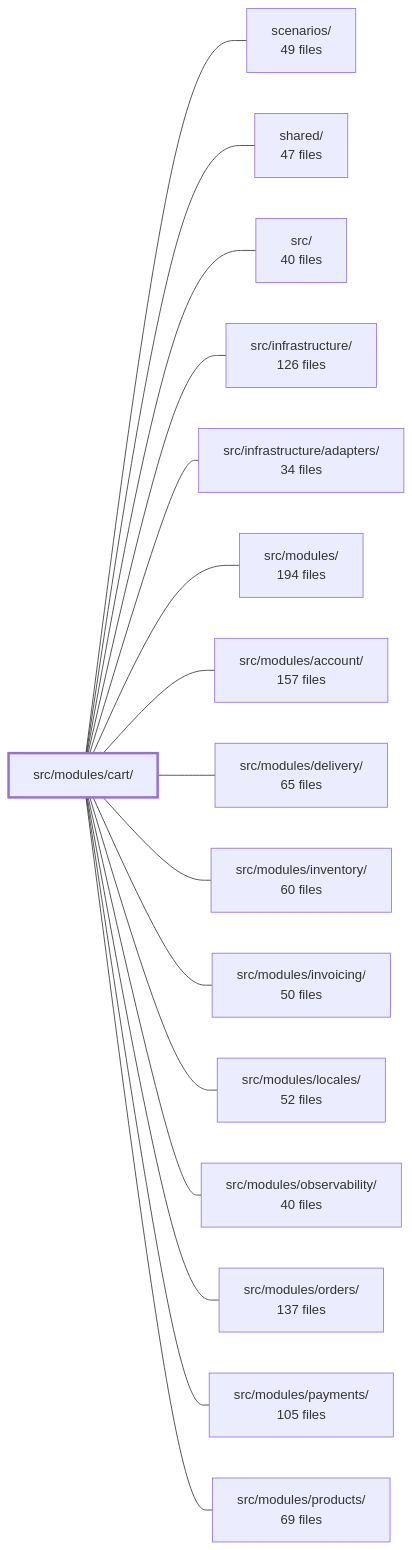
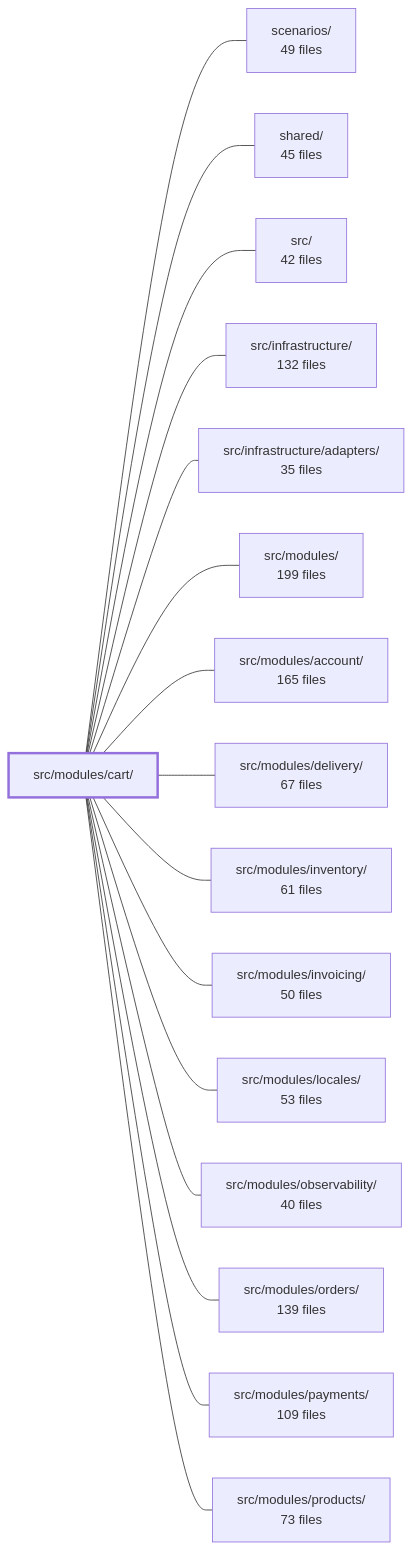
The diagram in .2brain/modules/boilerplate-node-backend_src_modules_cart.md (Guebbit/boilerplate-node-backend), drawn with Mermaid before and after one commit. The commit also changed other lines of this file and 1102 other files, not shown here.

````diff
--- a/.2brain/modules/boilerplate-node-backend_src_modules_cart.md
+++ b/.2brain/modules/boilerplate-node-backend_src_modules_cart.md
@@ -44,35 +48,35 @@
 ```mermaid
 flowchart LR
     m_src_modules_cart["src/modules/cart/"]
     m_scenarios["scenarios/<br/>49 files"]
-    m_shared["shared/<br/>47 files"]
-    m_src["src/<br/>40 files"]
-    m_src_infrastructure["src/infrastructure/<br/>126 files"]
-    m_src_infrastructure_adapters["src/infrastructure/adapters/<br/>34 files"]
-    m_src_modules["src/modules/<br/>194 files"]
-    m_src_modules_account["src/modules/account/<br/>157 files"]
-    m_src_modules_delivery["src/modules/delivery/<br/>65 files"]
-    m_src_modules_inventory["src/modules/inventory/<br/>60 files"]
+    m_shared["shared/<br/>45 files"]
+    m_src["src/<br/>42 files"]
+    m_src_infrastructure["src/infrastructure/<br/>132 files"]
+    m_src_infrastructure_adapters["src/infrastructure/adapters/<br/>35 files"]
+    m_src_modules["src/modules/<br/>199 files"]
+    m_src_modules_account["src/modules/account/<br/>165 files"]
+    m_src_modules_delivery["src/modules/delivery/<br/>67 files"]
+    m_src_modules_inventory["src/modules/inventory/<br/>61 files"]
     m_src_modules_invoicing["src/modules/invoicing/<br/>50 files"]
-    m_src_modules_locales["src/modules/locales/<br/>52 files"]
+    m_src_modules_locales["src/modules/locales/<br/>53 files"]
     m_src_modules_observability["src/modules/observability/<br/>40 files"]
-    m_src_modules_orders["src/modules/orders/<br/>137 files"]
-    m_src_modules_payments["src/modules/payments/<br/>105 files"]
-    m_src_modules_products["src/modules/products/<br/>69 files"]
+    m_src_modules_orders["src/modules/orders/<br/>139 files"]
+    m_src_modules_payments["src/modules/payments/<br/>109 files"]
+    m_src_modules_products["src/modules/products/<br/>73 files"]
     m_src_modules_cart --- m_scenarios
     m_src_modules_cart --- m_shared
     m_src_modules_cart --- m_src
     m_src_modules_cart --- m_src_infrastructure
     m_src_modules_cart --- m_src_infrastructure_adapters
     m_src_modules_cart --- m_src_modules
     m_src_modules_cart --- m_src_modules_account
     m_src_modules_cart --- m_src_modules_delivery
     m_src_modules_cart --- m_src_modules_inventory
     m_src_modules_cart --- m_src_modules_invoicing
     m_src_modules_cart --- m_src_modules_locales
     m_src_modules_cart --- m_src_modules_observability
     m_src_modules_cart --- m_src_modules_orders
     m_src_modules_cart --- m_src_modules_payments
     m_src_modules_cart --- m_src_modules_products
     style m_src_modules_cart stroke-width:3px
 ```
````
